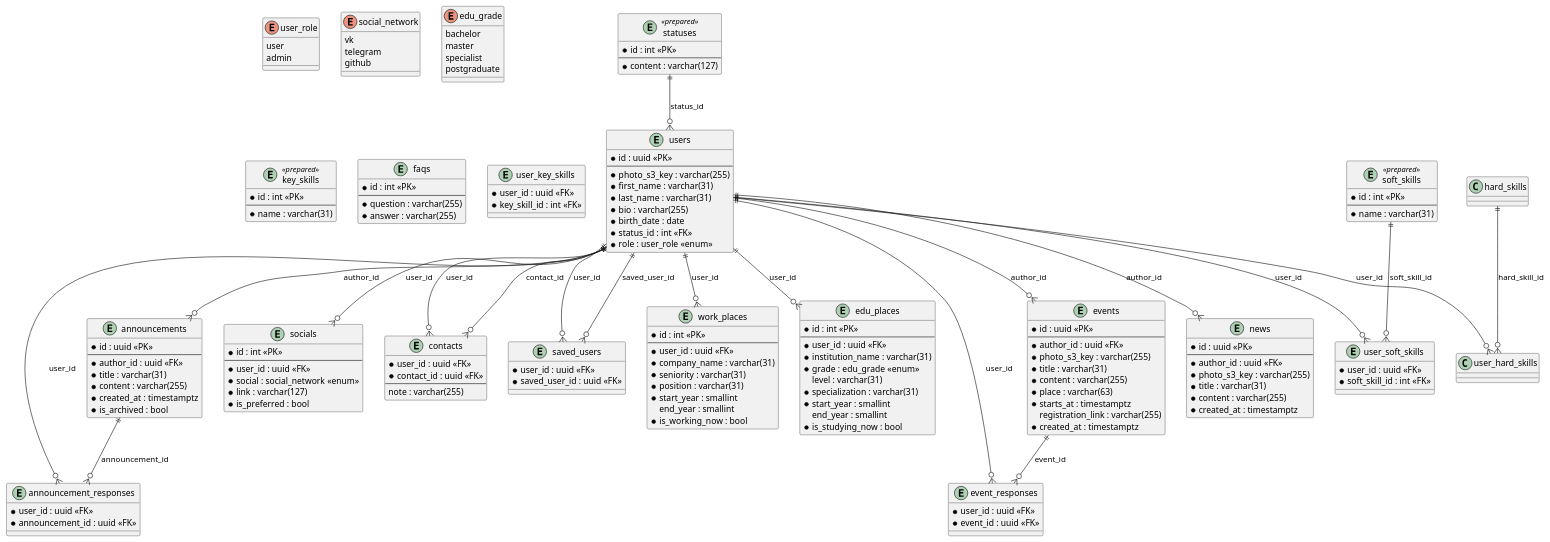
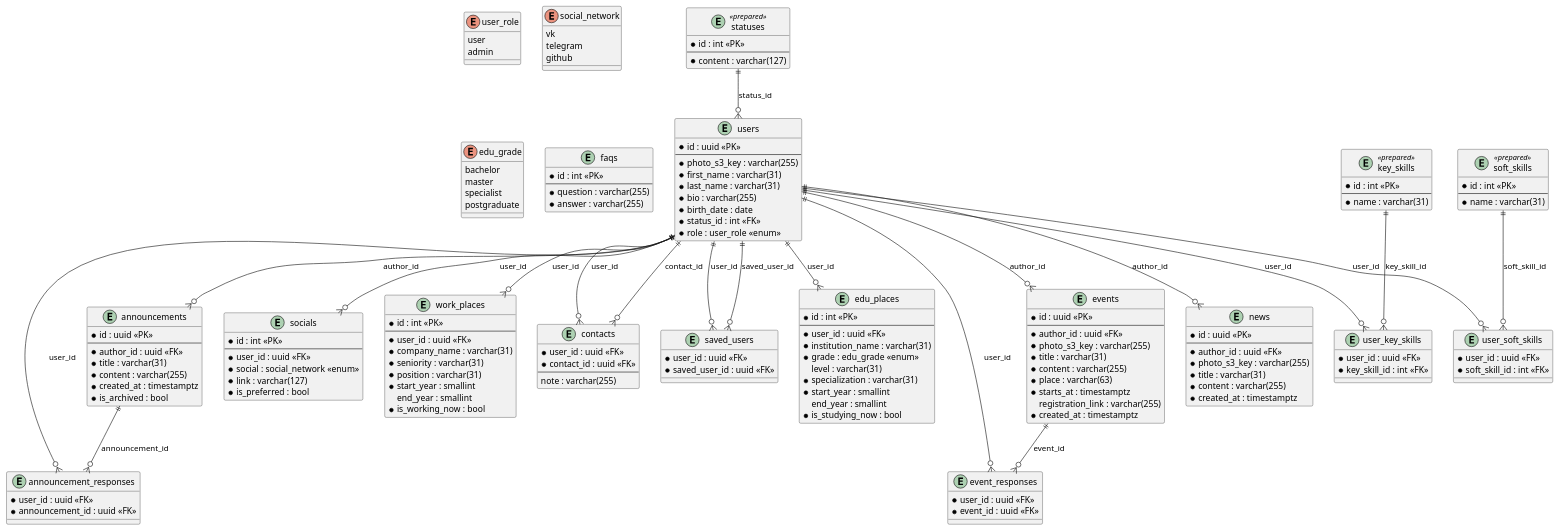
The diagram in docs/database.puml (RuslanKarabalin/cu-faculty-backend), drawn with PlantUML before and after one commit. The commit also changed 1 other file, not shown here.

```diff
--- a/docs/database.puml
+++ b/docs/database.puml
@@ -1,190 +1,190 @@
 @startuml database
 
 enum "user_role" {
   user
   admin
 }
 
 enum "social_network" {
   vk
   telegram
   github
 }
 
 enum "edu_grade" {
   bachelor
   master
   specialist
   postgraduate
 }
 
 entity "statuses" <<prepared>> {
   * id : int <<PK>>
   --
   * content : varchar(127)
 }
 
 entity "key_skills" <<prepared>> {
   * id : int <<PK>>
   --
   * name : varchar(31)
 }
 
 entity "soft_skills" <<prepared>> {
   * id : int <<PK>>
   --
   * name : varchar(31)
 }
 
 
 entity "users" {
   * id : uuid <<PK>>
   --
   * photo_s3_key : varchar(255)
   * first_name : varchar(31)
   * last_name : varchar(31)
   * bio : varchar(255)
   * birth_date : date
   * status_id : int <<FK>>
   * role : user_role <<enum>>
 }
 
 entity "socials" {
   * id : int <<PK>>
   --
   * user_id : uuid <<FK>>
   * social : social_network <<enum>>
   * link : varchar(127)
   * is_preferred : bool
 }
 
 entity "work_places" {
   * id : int <<PK>>
   --
   * user_id : uuid <<FK>>
   * company_name : varchar(31)
   * seniority : varchar(31)
   * position : varchar(31)
   * start_year : smallint
   end_year : smallint
   * is_working_now : bool
 }
 
 entity "edu_places" {
   * id : int <<PK>>
   --
   * user_id : uuid <<FK>>
   * institution_name : varchar(31)
   * grade : edu_grade <<enum>>
   level : varchar(31)
   * specialization : varchar(31)
   * start_year : smallint
   end_year : smallint
   * is_studying_now : bool
 }
 
 entity "faqs" {
   * id : int <<PK>>
   --
   * question : varchar(255)
   * answer : varchar(255)
 }
 
 entity "announcements" {
   * id : uuid <<PK>>
   --
   * author_id : uuid <<FK>>
   * title : varchar(31)
   * content : varchar(255)
   * created_at : timestamptz
   * is_archived : bool
 }
 
 entity "news" {
   * id : uuid <<PK>>
   --
   * author_id : uuid <<FK>>
   * photo_s3_key : varchar(255)
   * title : varchar(31)
   * content : varchar(255)
   * created_at : timestamptz
 }
 
 entity "events" {
   * id : uuid <<PK>>
   --
   * author_id : uuid <<FK>>
   * photo_s3_key : varchar(255)
   * title : varchar(31)
   * content : varchar(255)
   * place : varchar(63)
   * starts_at : timestamptz
   registration_link : varchar(255)
   * created_at : timestamptz
 }
 
 
 entity "user_key_skills" {
   * user_id : uuid <<FK>>
   * key_skill_id : int <<FK>>
 }
 
 entity "user_soft_skills" {
   * user_id : uuid <<FK>>
   * soft_skill_id : int <<FK>>
 }
 
 entity "contacts" {
   * user_id : uuid <<FK>>
   * contact_id : uuid <<FK>>
   --
   note : varchar(255)
 }
 
 entity "saved_users" {
   * user_id : uuid <<FK>>
   * saved_user_id : uuid <<FK>>
 }
 
 entity "announcement_responses" {
   * user_id : uuid <<FK>>
   * announcement_id : uuid <<FK>>
 }
 
 entity "event_responses" {
   * user_id : uuid <<FK>>
   * event_id : uuid <<FK>>
 }
 
 
 statuses        ||--o{ users                    : "status_id"
 
 users           ||--o{ socials                  : "user_id"
 
 users           ||--o{ work_places              : "user_id"
 
 users           ||--o{ edu_places               : "user_id"
 
-users           ||--o{ user_hard_skills         : "user_id"
-hard_skills     ||--o{ user_hard_skills         : "hard_skill_id"
+users           ||--o{ user_key_skills          : "user_id"
+key_skills      ||--o{ user_key_skills          : "key_skill_id"
 
 users           ||--o{ user_soft_skills         : "user_id"
 soft_skills     ||--o{ user_soft_skills         : "soft_skill_id"
 
 users           ||--o{ contacts                 : "user_id"
 users           ||--o{ contacts                 : "contact_id"
 
 users           ||--o{ saved_users              : "user_id"
 users           ||--o{ saved_users              : "saved_user_id"
 
 users           ||--o{ announcements            : "author_id"
 announcements   ||--o{ announcement_responses   : "announcement_id"
 users           ||--o{ announcement_responses   : "user_id"
 
 users           ||--o{ news                     : "author_id"
 
 users           ||--o{ events                   : "author_id"
 events          ||--o{ event_responses          : "event_id"
 users           ||--o{ event_responses          : "user_id"
 
 @enduml
```
